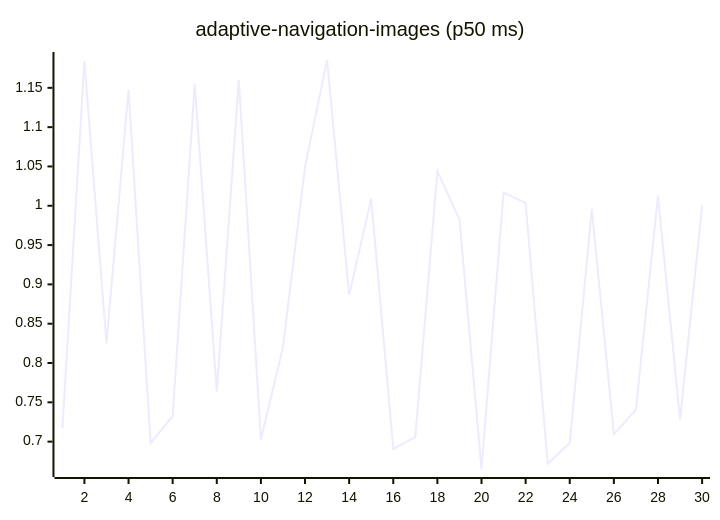
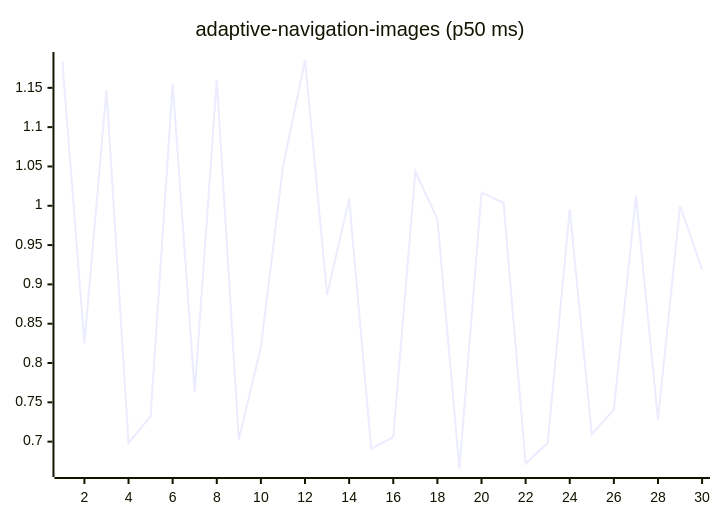
The first of 27 diagrams in README.md (josha/Facet), drawn with Mermaid before and after one commit. The commit also changed other lines of this file and 2 other files, not shown here.

````diff
--- a/README.md
+++ b/README.md
@@ -63,6 +63,6 @@
 ```mermaid
 xychart-beta
     title "adaptive-navigation-images (p50 ms)"
     x-axis 1 --> 30
-    line [0.7168, 1.1836, 0.8250, 1.1478, 0.6980, 0.7325, 1.1549, 0.7635, 1.1603, 0.7028, 0.8201, 1.0494, 1.1854, 0.8867, 1.0090, 0.6909, 0.7058, 1.0439, 0.9829, 0.6652, 1.0169, 1.0037, 0.6721, 0.6983, 0.9956, 0.7094, 0.7407, 1.0129, 0.7280, 1.0000]
+    line [1.1836, 0.8250, 1.1478, 0.6980, 0.7325, 1.1549, 0.7635, 1.1603, 0.7028, 0.8201, 1.0494, 1.1854, 0.8867, 1.0090, 0.6909, 0.7058, 1.0439, 0.9829, 0.6652, 1.0169, 1.0037, 0.6721, 0.6983, 0.9956, 0.7094, 0.7407, 1.0129, 0.7280, 1.0000, 0.9189]
 ```
````
